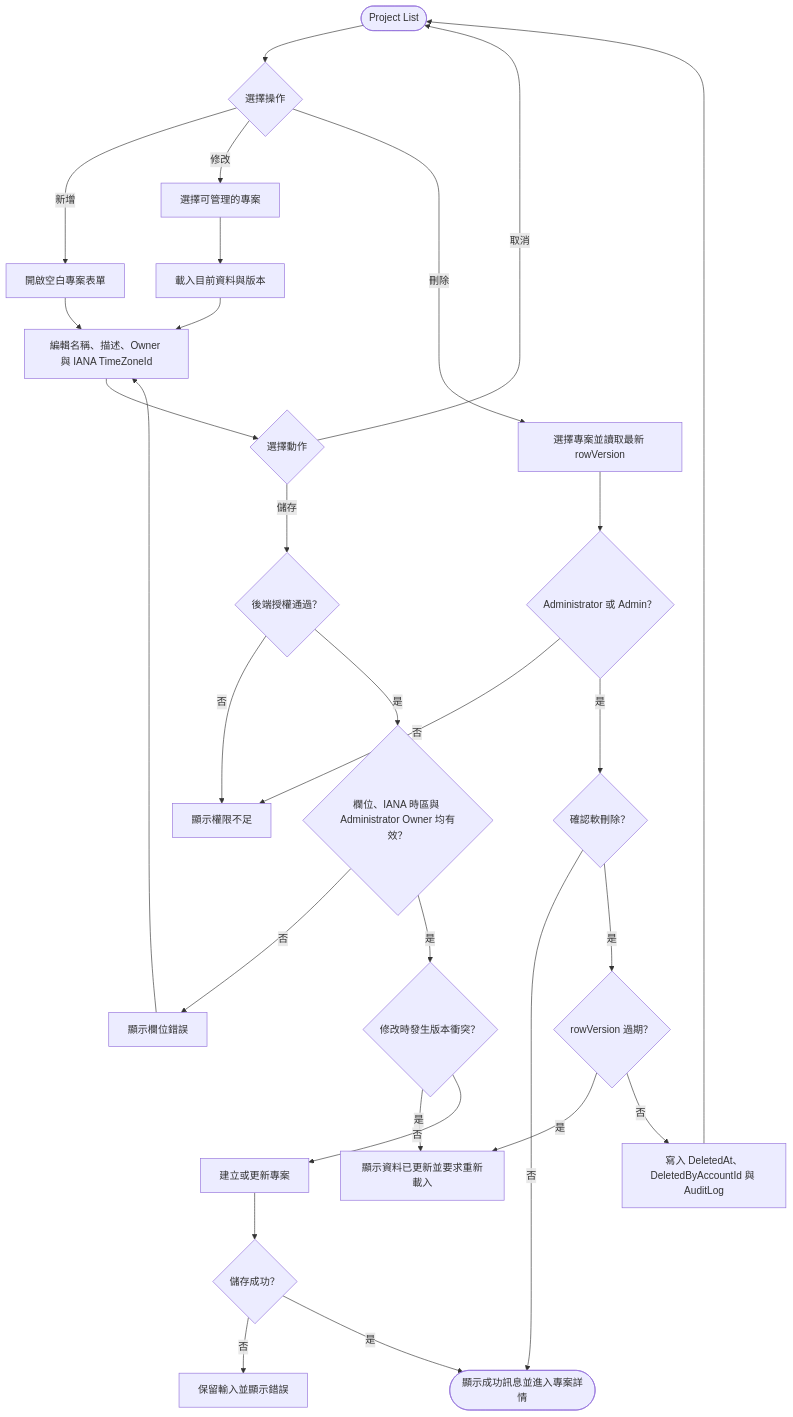
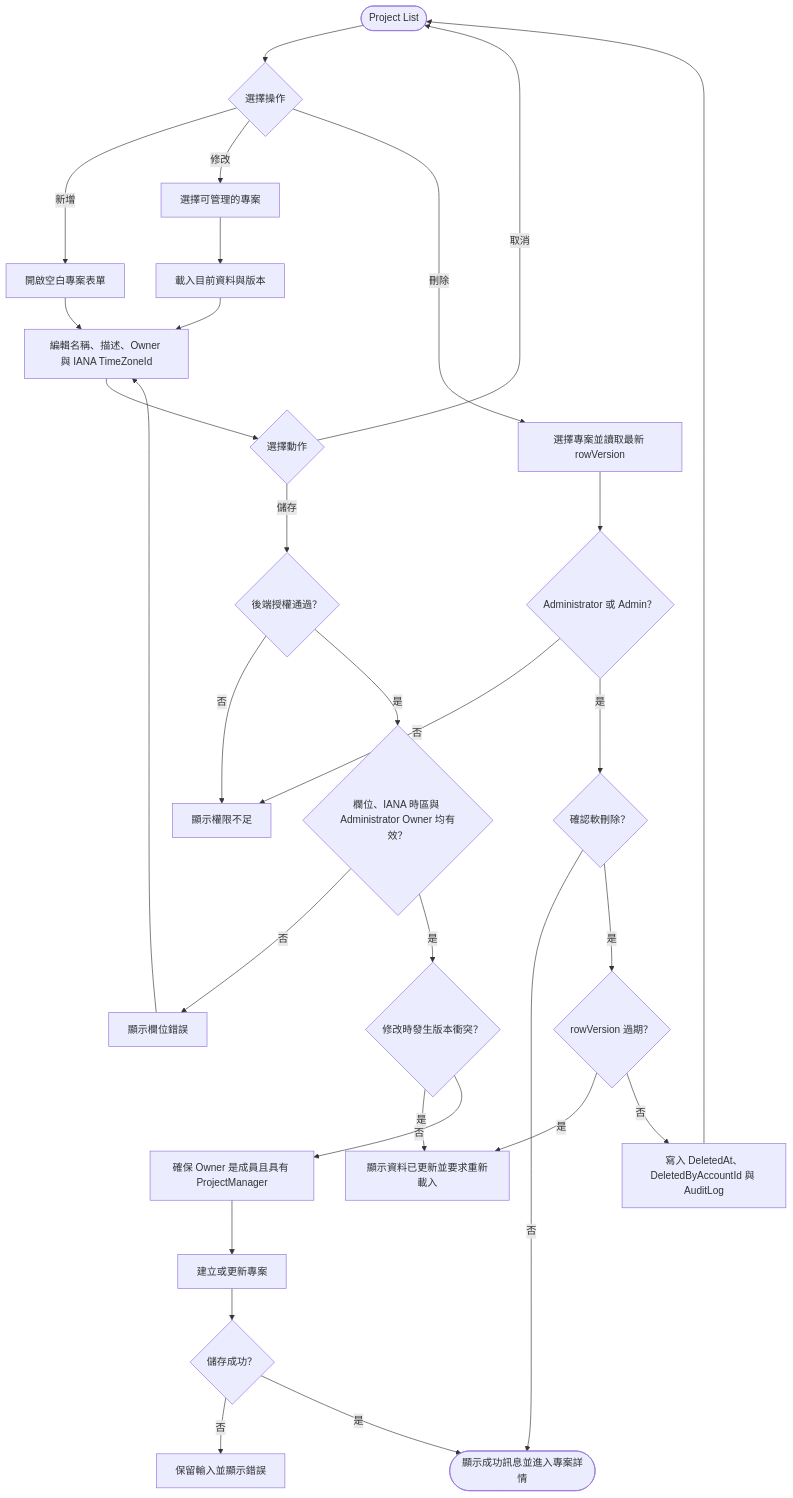
The diagram in Flowchart/建立與修改專案.md (JJDing-Louis/ProjectManagementWeb_Spec), drawn with Mermaid before and after one commit. The commit also changed other lines of this file and 40 other files, not shown here.

````diff
--- a/Flowchart/建立與修改專案.md
+++ b/Flowchart/建立與修改專案.md
@@ -3,31 +5,32 @@
 ```mermaid
 flowchart TB
     projectList([Project List]) --> projectAction{選擇操作}
     projectAction -->|新增| newProject[開啟空白專案表單]
     projectAction -->|修改| selectProject[選擇可管理的專案]
     projectAction -->|刪除| selectDeleteProject[選擇專案並讀取最新 rowVersion]
     selectProject --> editProject[載入目前資料與版本]
     newProject --> projectForm[編輯名稱、描述、Owner 與 IANA TimeZoneId]
     editProject --> projectForm
     projectForm --> submitProject{選擇動作}
     submitProject -->|取消| projectList
     submitProject -->|儲存| authorizeProject{後端授權通過？}
     authorizeProject -->|否| forbiddenProject[顯示權限不足]
     authorizeProject -->|是| projectValid{欄位、IANA 時區與 Administrator Owner 均有效？}
     projectValid -->|否| showProjectValidation[顯示欄位錯誤]
     showProjectValidation --> projectForm
     projectValid -->|是| versionConflict{修改時發生版本衝突？}
     versionConflict -->|是| showProjectConflict[顯示資料已更新並要求重新載入]
-    versionConflict -->|否| saveProject[建立或更新專案]
+    versionConflict -->|否| ensureOwnerManager[確保 Owner 是成員且具有 ProjectManager]
+    ensureOwnerManager --> saveProject[建立或更新專案]
     saveProject --> saveProjectSucceeded{儲存成功？}
     saveProjectSucceeded -->|否| retainProjectInput[保留輸入並顯示錯誤]
     saveProjectSucceeded -->|是| projectDetail([顯示成功訊息並進入專案詳情])
     selectDeleteProject --> authorizeDelete{Administrator 或 Admin？}
     authorizeDelete -->|否| forbiddenProject
     authorizeDelete -->|是| confirmDelete{確認軟刪除？}
     confirmDelete -->|否| projectDetail
     confirmDelete -->|是| deleteConflict{rowVersion 過期？}
     deleteConflict -->|是| showProjectConflict
     deleteConflict -->|否| softDeleteProject[寫入 DeletedAt、DeletedByAccountId 與 AuditLog]
     softDeleteProject --> projectList
 ```
````
